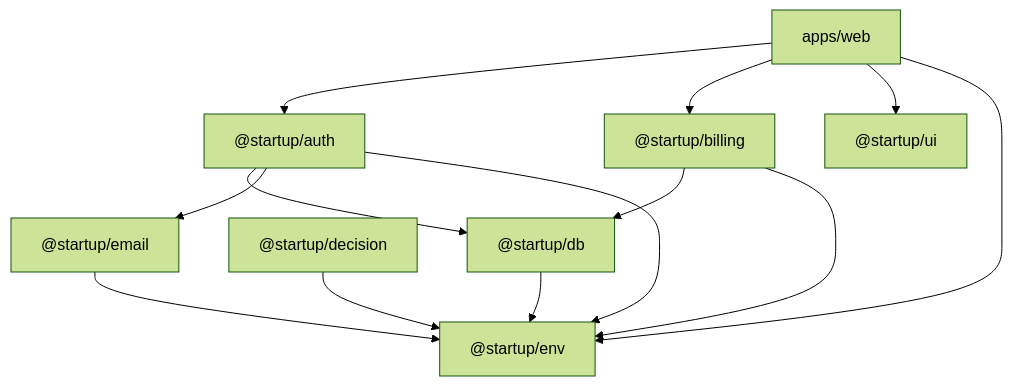
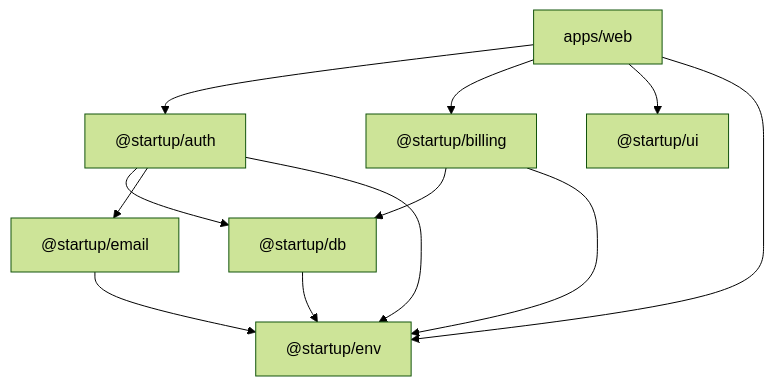
The diagram in docs/architecture/package-boundaries.md (allen-padilla/startup-template), drawn with Mermaid (forest theme) before and after one commit. The commit also changed other lines of this file and 19 other files, not shown here.

First line of the commit message:
chore: remove the @startup/decision package

````diff
--- a/docs/architecture/package-boundaries.md
+++ b/docs/architecture/package-boundaries.md
@@ -31,24 +31,22 @@
 ```mermaid
 flowchart TD
   web["apps/web"]
   auth["@startup/auth"]
   billing["@startup/billing"]
   ui["@startup/ui"]
   db["@startup/db"]
-  decision["@startup/decision"]
   email["@startup/email"]
   env["@startup/env"]
 
   web --> auth
   web --> billing
   web --> ui
   web --> env
   auth --> db
   auth --> email
   auth --> env
   billing --> db
   billing --> env
   db --> env
-  decision --> env
   email --> env
 ```
````
